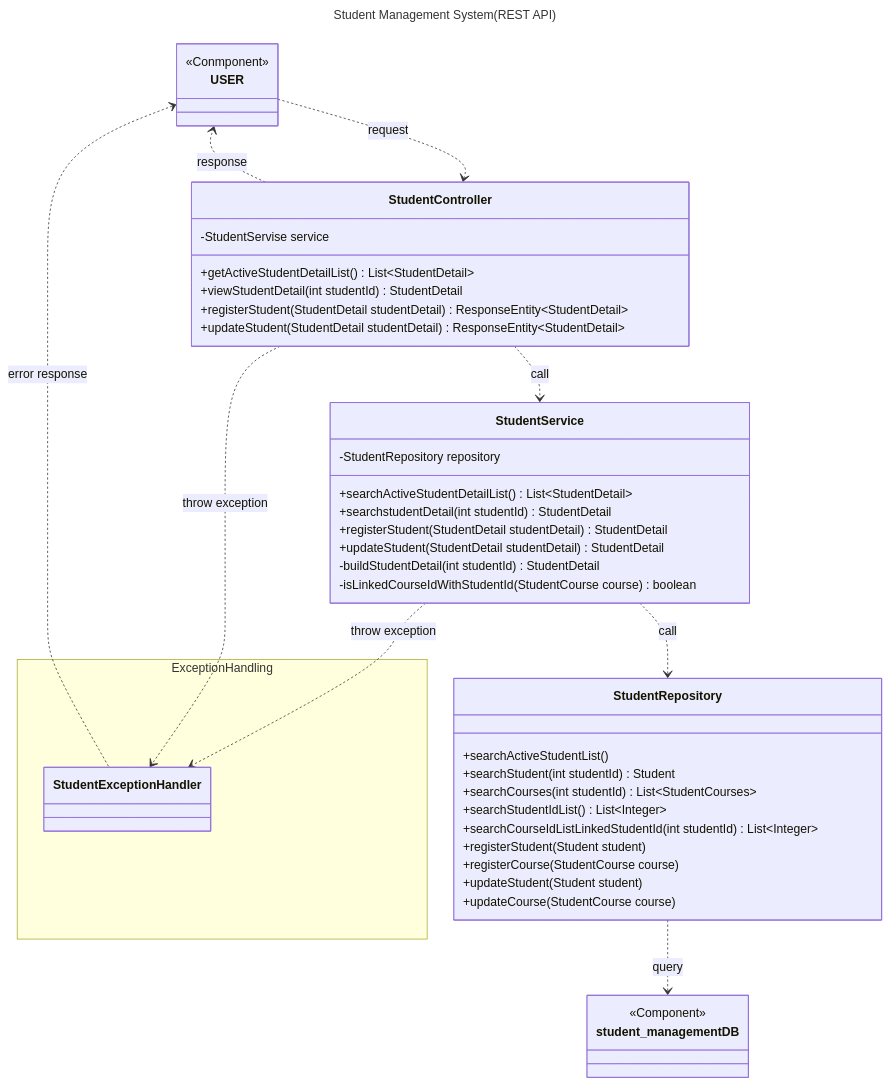
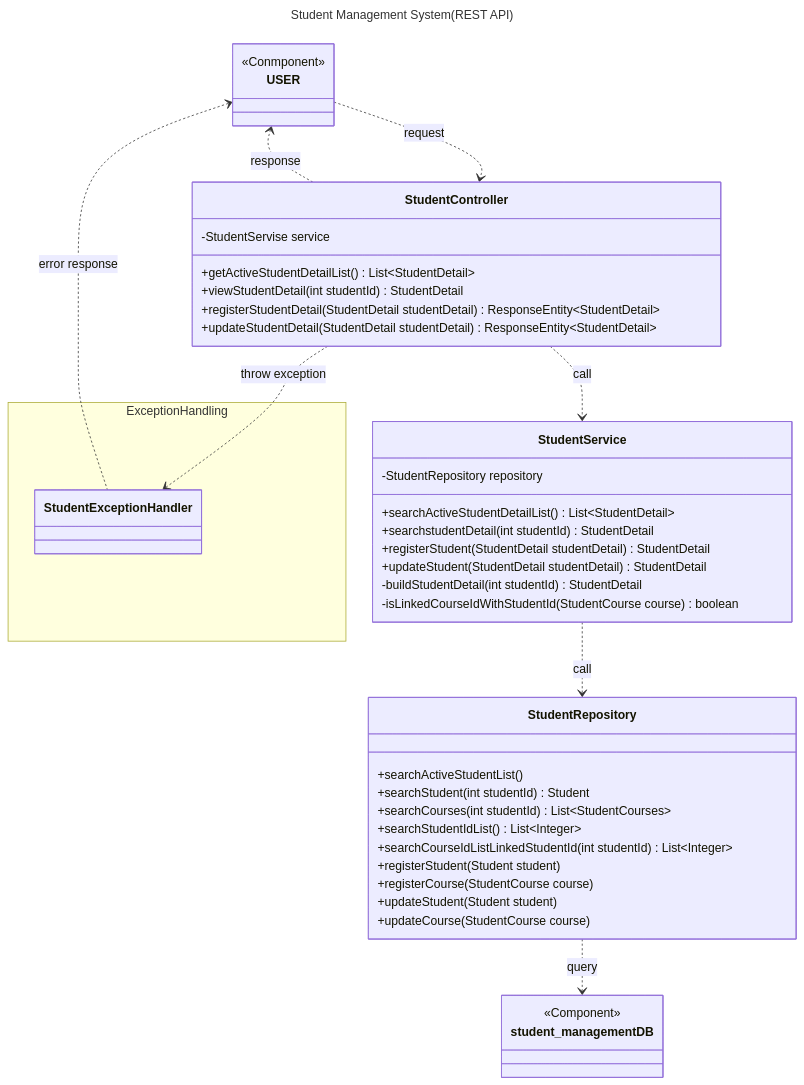
One commit to saway261/StudentManagement changed the fifth of 7 diagrams in README.md. Above: the diagram before and after it, drawn with Mermaid.

Commit message:
docs: README修正(クラス図)　StudentControllerの登録・更新処理メソッド名変更にあわせて修正し、また、StudentServiceがStudentExceptionHandlerに例外を投げる依存関係の矢印は実態と異なるため削除

````diff
--- a/README.md
+++ b/README.md
@@ -154,55 +154,55 @@
 ```mermaid
 ---
 title: Student Management System(REST API)
 ---
 classDiagram
     class USER {
         <<Conmponent>>
     }
     class student_managementDB {
         <<Component>>
     }
     USER ..> StudentController: request
     direction TB
     StudentController ..> USER: response
     StudentController ..> StudentService: call
     StudentService ..> StudentRepository: call
     StudentRepository ..> student_management DB: query
 
     class StudentController {
         -StudentServise service
         +getActiveStudentDetailList() List~StudentDetail~
         +viewStudentDetail(int studentId) StudentDetail
-        +registerStudent(StudentDetail studentDetail) ResponseEntity~StudentDetail~
-        +updateStudent(StudentDetail studentDetail) ResponseEntity~StudentDetail~
+        +registerStudentDetail(StudentDetail studentDetail) ResponseEntity~StudentDetail~
+        +updateStudentDetail(StudentDetail studentDetail) ResponseEntity~StudentDetail~
     }
     class StudentService {
         -StudentRepository repository
         +searchActiveStudentDetailList() List~StudentDetail~
         +searchstudentDetail(int studentId) StudentDetail
         +registerStudent(StudentDetail studentDetail) StudentDetail
         +updateStudent(StudentDetail studentDetail) StudentDetail
         -buildStudentDetail(int studentId) StudentDetail
         -isLinkedCourseIdWithStudentId(StudentCourse course) boolean
     }
     class StudentRepository {
         +searchActiveStudentList()
         +searchStudent(int studentId) Student
         +searchCourses(int studentId) List~StudentCourses~
         +searchStudentIdList() List~Integer~
         +searchCourseIdListLinkedStudentId(int studentId) List~Integer~
         +registerStudent(Student student)
         +registerCourse(StudentCourse course)
         +updateStudent(Student student)
         +updateCourse(StudentCourse course)
     }
     namespace ExceptionHandling {
         class StudentExceptionHandler {
         }
     }
-    StudentService ..> StudentExceptionHandler: throw exception
+
     StudentController ..> StudentExceptionHandler: throw exception
     USER <.. StudentExceptionHandler: error response
 
 
 ```
````
